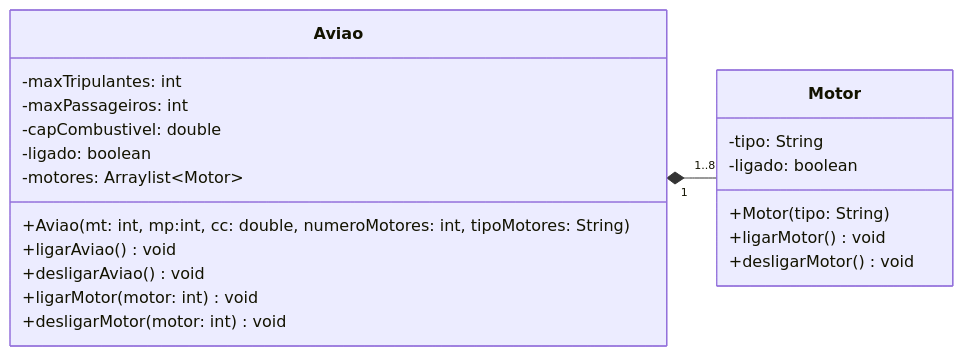
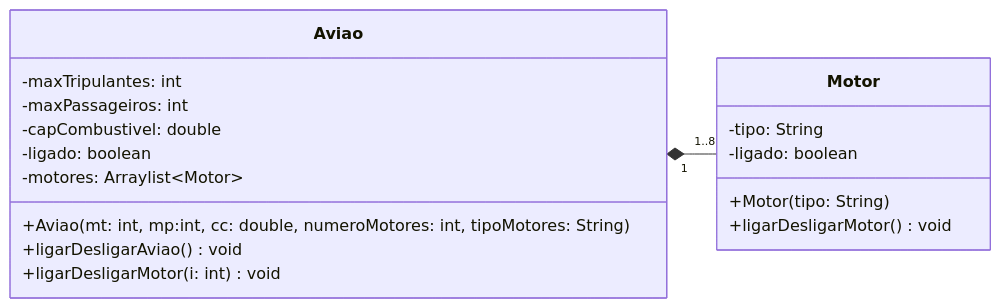
One commit to Gabriel-RochaF/POO changed the diagram in aulas/2026-09-29-aula-14/atividade1/Readme.md. Above: the diagram before and after it, drawn with Mermaid. The commit also changed 22 other files, not shown here.

````diff
--- a/aulas/2026-09-29-aula-14/atividade1/Readme.md
+++ b/aulas/2026-09-29-aula-14/atividade1/Readme.md
@@ -4,24 +4,21 @@
 ```mermaid
 classDiagram
     direction LR
     Aviao "1"*--"1..8" Motor
     class Aviao{
         -maxTripulantes: int
         -maxPassageiros: int
         -capCombustivel: double
         -ligado: boolean
         -motores: Arraylist~Motor~
         +Aviao(mt: int, mp:int, cc: double, numeroMotores: int, tipoMotores: String)
-        +ligarAviao()void
-        +desligarAviao()void
-        +ligarMotor(motor: int)void
-        +desligarMotor(motor: int)void
+        +ligarDesligarAviao()void
+        +ligarDesligarMotor(i: int)void
     }
     class Motor{
         -tipo: String
         -ligado: boolean
         +Motor(tipo: String)
-        +ligarMotor()void
-        +desligarMotor()void
+        +ligarDesligarMotor()void
     }
 ```
````
